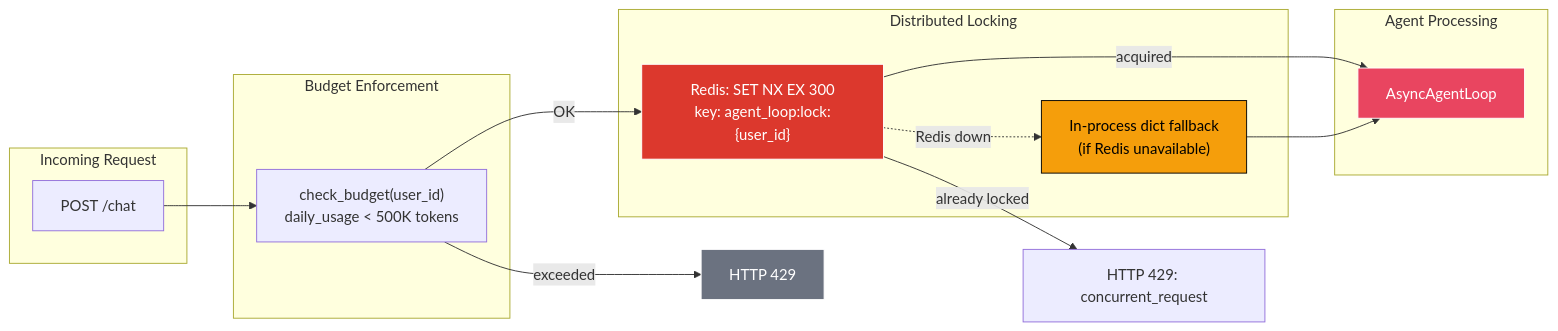
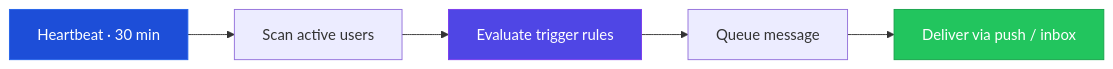
Before and after one commit to RnltLabs/athletly-backend: the ninth of 9 diagrams in README.md, drawn with Mermaid. The commit also changed other lines of this file, not shown here.

First line of the commit message:
docs: simplify README diagrams, apply Athletly colors, add TOC

````diff
--- a/README.md
+++ b/README.md
@@ -715,32 +343,11 @@
 ```mermaid
 flowchart LR
-    subgraph Request["Incoming Request"]
-        REQ["POST /chat"]
-    end
+    A["Heartbeat · 30 min"] --> B["Scan active users"]
+    B --> C["Evaluate trigger rules"]
+    C --> D["Queue message"]
+    D --> E["Deliver via push / inbox"]
 
-    subgraph Locking["Distributed Locking"]
-        REDIS_LOCK["Redis: SET NX EX 300<br/>key: agent_loop:lock:{user_id}"]
-        FALLBACK["In-process dict fallback<br/>(if Redis unavailable)"]
-    end
-
-    subgraph Processing["Agent Processing"]
-        AGENT["AsyncAgentLoop"]
-    end
-
-    subgraph Budget["Budget Enforcement"]
-        USAGE_CHECK["check_budget(user_id)<br/>daily_usage < 500K tokens"]
-    end
-
-    REQ --> USAGE_CHECK
-    USAGE_CHECK -->|"OK"| REDIS_LOCK
-    USAGE_CHECK -->|"exceeded"| REJECT_429["HTTP 429"]
-    REDIS_LOCK -->|"acquired"| AGENT
-    REDIS_LOCK -->|"already locked"| REJECT_CONCURRENT["HTTP 429: concurrent_request"]
-    REDIS_LOCK -.->|"Redis down"| FALLBACK
-    FALLBACK --> AGENT
-
-    style REDIS_LOCK fill:#DC382D,stroke:#fff,color:#fff
-    style AGENT fill:#e94560,stroke:#fff,color:#fff
-    style FALLBACK fill:#F59E0B,stroke:#000,color:#000
-    style REJECT_429 fill:#6B7280,stroke:#fff,color:#fff
+    style A fill:#1D4ED8,stroke:#2563EB,color:#fff
+    style C fill:#4F46E5,stroke:#7C3AED,color:#fff
+    style E fill:#22C55E,stroke:#16A34A,color:#fff
 ```
````
